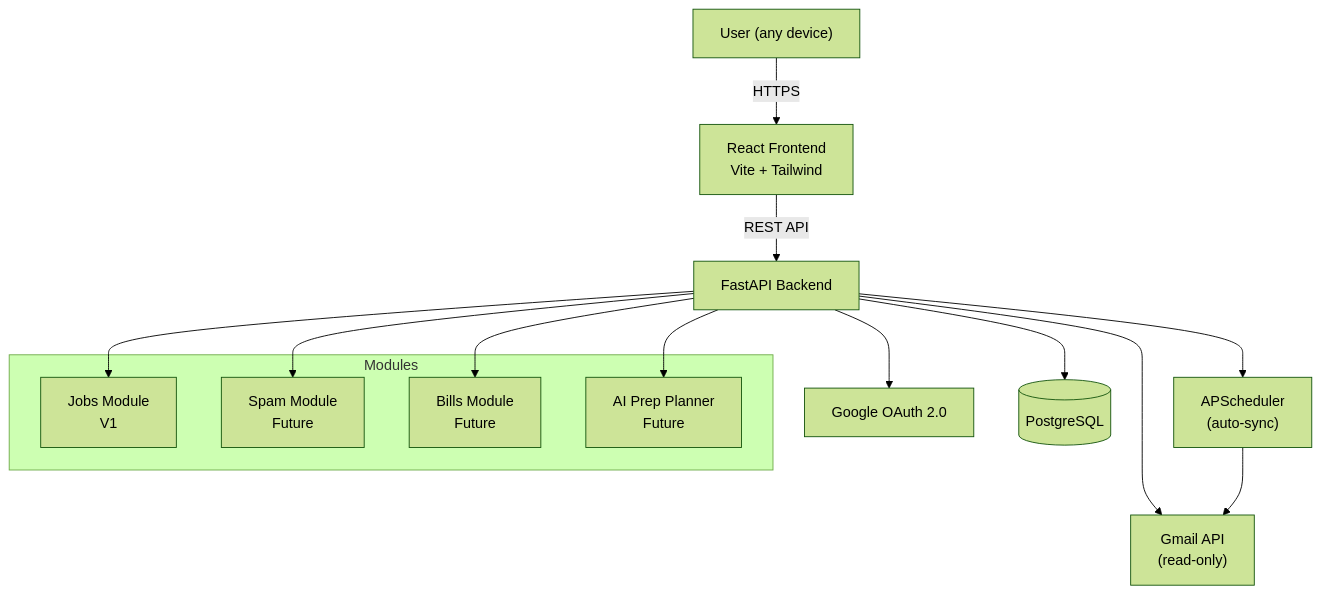
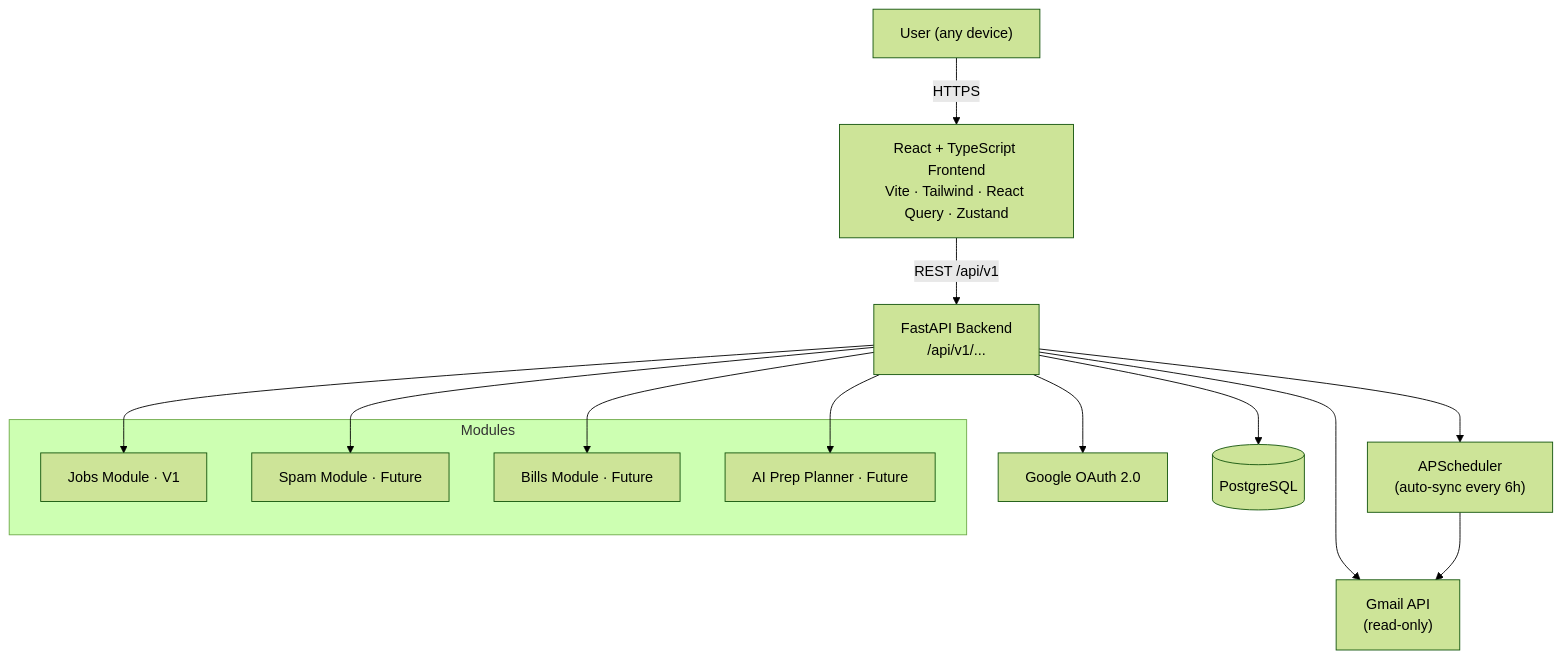
Before and after one commit to almathangs-hue/emailiq: the first of 4 diagrams in README.md, drawn with Mermaid (forest theme). The commit also changed other lines of this file and 45 other files, not shown here.

Commit message:
refactor: enterprise architecture — layered router/service/repository, TypeScript frontend, Docker, tests, structured logging

````diff
--- a/README.md
+++ b/README.md
@@ -30,29 +34,29 @@
 ```mermaid
 flowchart TD
     User["User (any device)"]
-    React["React Frontend\nVite + Tailwind"]
-    FastAPI["FastAPI Backend"]
+    React["React + TypeScript Frontend\nVite · Tailwind · React Query · Zustand"]
+    FastAPI["FastAPI Backend\n/api/v1/..."]
     Auth["Google OAuth 2.0"]
     Gmail["Gmail API\n(read-only)"]
     DB[("PostgreSQL")]
-    Scheduler["APScheduler\n(auto-sync)"]
+    Scheduler["APScheduler\n(auto-sync every 6h)"]
 
     subgraph Modules
-        Jobs["Jobs Module\nV1"]
-        Spam["Spam Module\nFuture"]
-        Bills["Bills Module\nFuture"]
-        Prep["AI Prep Planner\nFuture"]
+        Jobs["Jobs Module · V1"]
+        Spam["Spam Module · Future"]
+        Bills["Bills Module · Future"]
+        Prep["AI Prep Planner · Future"]
     end
 
     User -->|HTTPS| React
-    React -->|REST API| FastAPI
+    React -->|REST /api/v1| FastAPI
     FastAPI --> Auth
     FastAPI --> Gmail
     FastAPI --> DB
     FastAPI --> Scheduler
     Scheduler --> Gmail
     FastAPI --> Jobs
     FastAPI --> Spam
     FastAPI --> Bills
     FastAPI --> Prep
 ```
````
